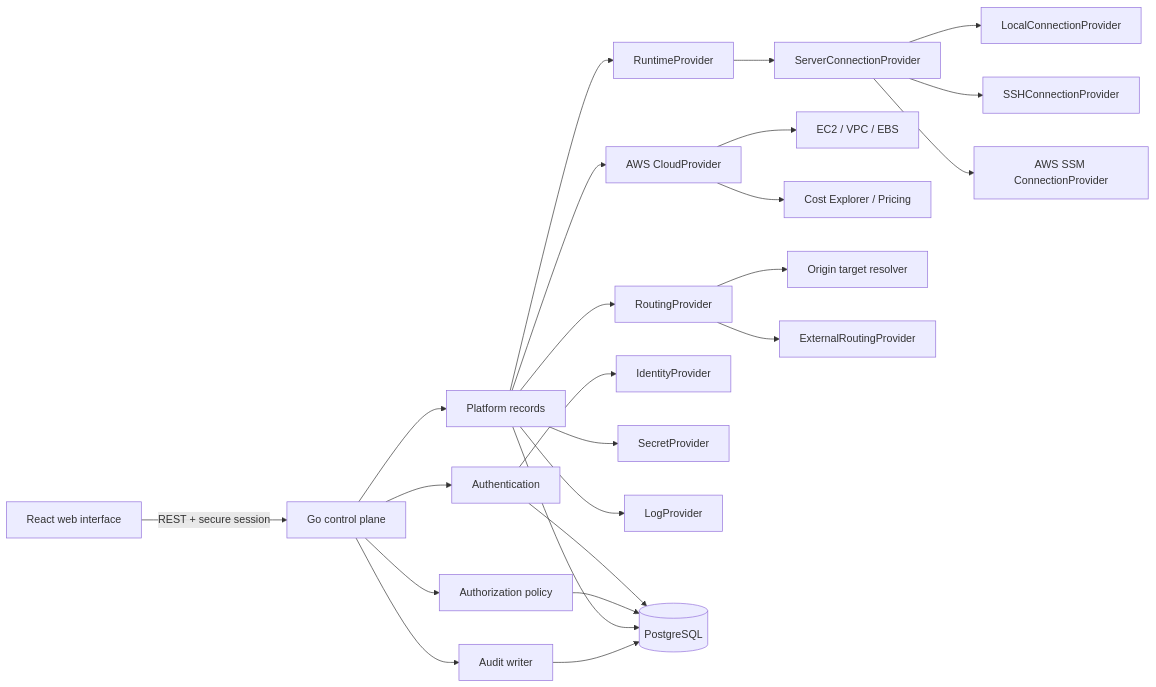
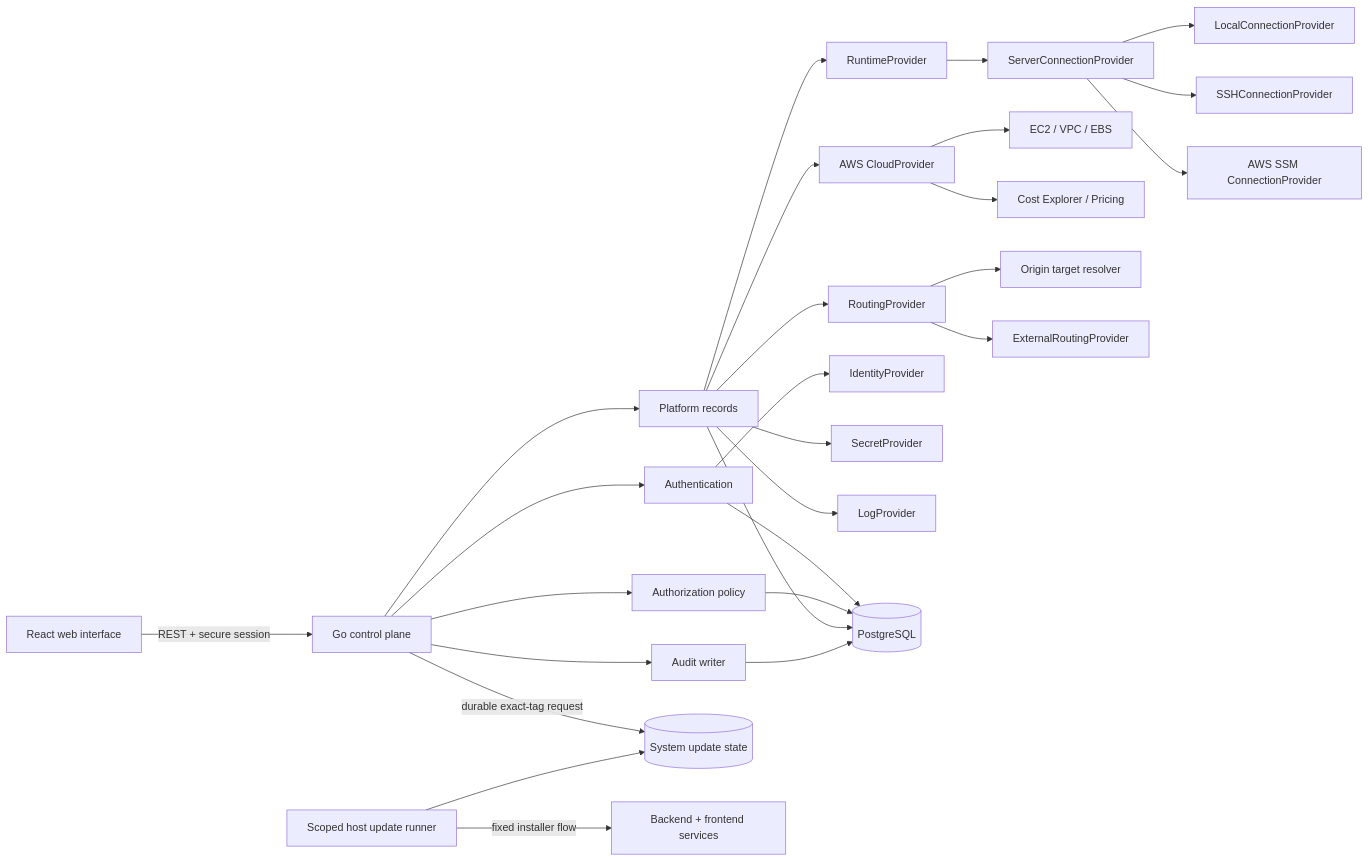
One commit to itsmangooo/Silicon changed the first of 2 diagrams in ARCHITECTURE.md. Above: the diagram before and after it, drawn with Mermaid. The commit also changed other lines of this file and 29 other files, not shown here.

````diff
--- a/ARCHITECTURE.md
+++ b/ARCHITECTURE.md
@@ -5,26 +5,29 @@
 ```mermaid
 flowchart LR
     Browser[React web interface] -->|REST + secure session| API[Go control plane]
     API --> Auth[Authentication]
     API --> Policy[Authorization policy]
     API --> Platform[Platform records]
     Platform --> Runtime[RuntimeProvider]
     Runtime --> Connection[ServerConnectionProvider]
     Connection --> Local[LocalConnectionProvider]
     Connection --> SSH[SSHConnectionProvider]
     Connection --> SSM[AWS SSM ConnectionProvider]
     Platform --> Cloud[AWS CloudProvider]
     Cloud --> EC2[EC2 / VPC / EBS]
     Cloud --> Billing[Cost Explorer / Pricing]
     Platform --> Routing[RoutingProvider]
     Routing --> Origin[Origin target resolver]
     Auth --> Identity[IdentityProvider]
     Platform --> Secret[SecretProvider]
     Platform --> Logs[LogProvider]
     Auth --> DB[(PostgreSQL)]
     Policy --> DB
     Platform --> DB
     API --> Audit[Audit writer]
     Audit --> DB
     Routing --> External[ExternalRoutingProvider]
+    API -->|durable exact-tag request| UpdateDB[(System update state)]
+    Updater[Scoped host update runner] --> UpdateDB
+    Updater -->|fixed installer flow| Services[Backend + frontend services]
 ```
````
